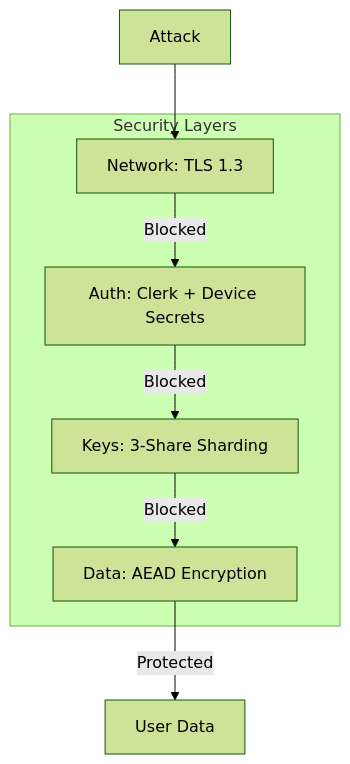
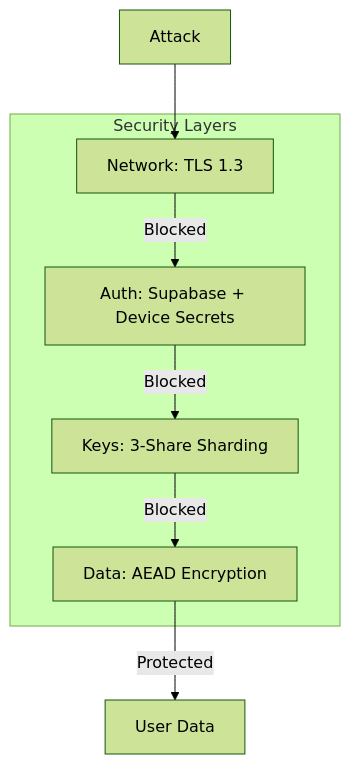
The second of 3 diagrams in apps/docs/content/docs/whitepaper/conclusion.mdx (onera-app/onera), drawn with Mermaid (forest theme) before and after one commit. The commit also changed 12 other files, not shown here.

First line of the commit message:
chore: update documentation to reflect Supabase integration and remove Clerk references

````diff
--- a/apps/docs/content/docs/whitepaper/conclusion.mdx
+++ b/apps/docs/content/docs/whitepaper/conclusion.mdx
@@ -27,15 +27,15 @@
 ```mermaid
 flowchart TB
     subgraph layers [Security Layers]
         L1["Network: TLS 1.3"]
-        L2["Auth: Clerk + Device Secrets"]
+        L2["Auth: Supabase + Device Secrets"]
         L3["Keys: 3-Share Sharding"]
         L4["Data: AEAD Encryption"]
     end
     
     Attack["Attack"] --> L1
     L1 -->|"Blocked"| L2
     L2 -->|"Blocked"| L3
     L3 -->|"Blocked"| L4
     L4 -->|"Protected"| Data["User Data"]
 ```
````
